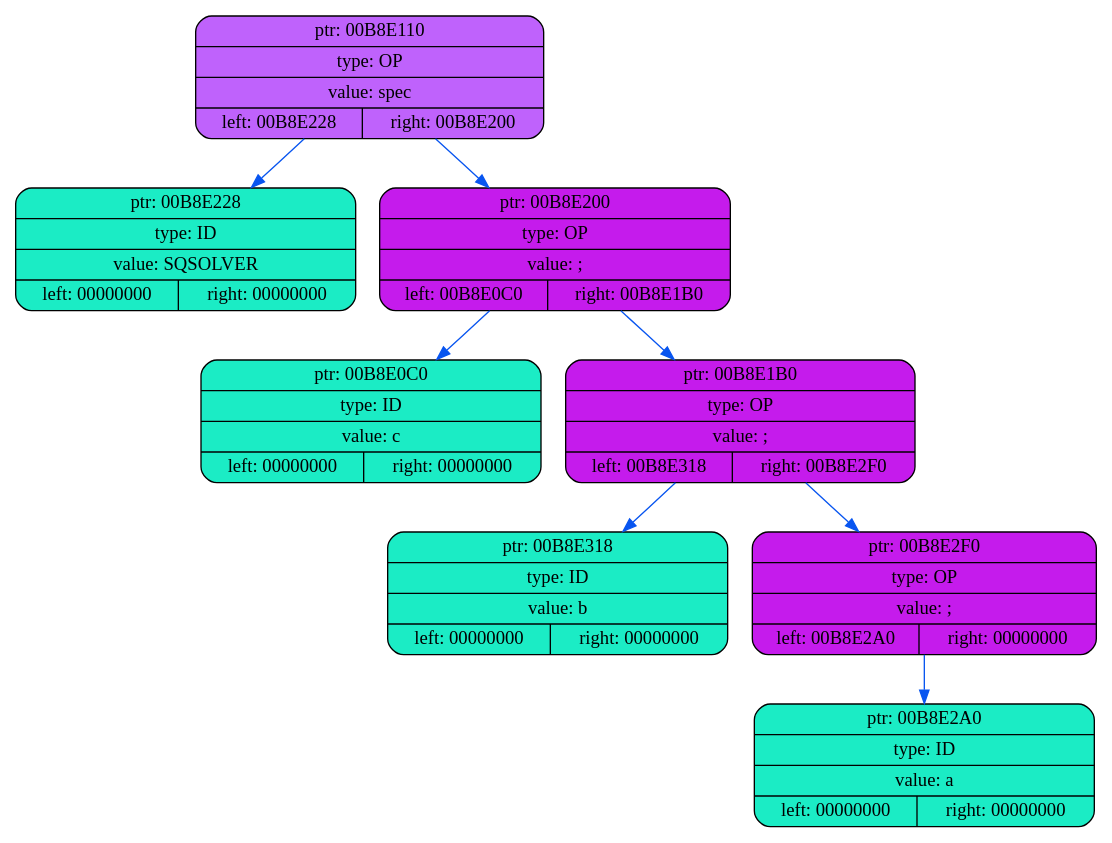
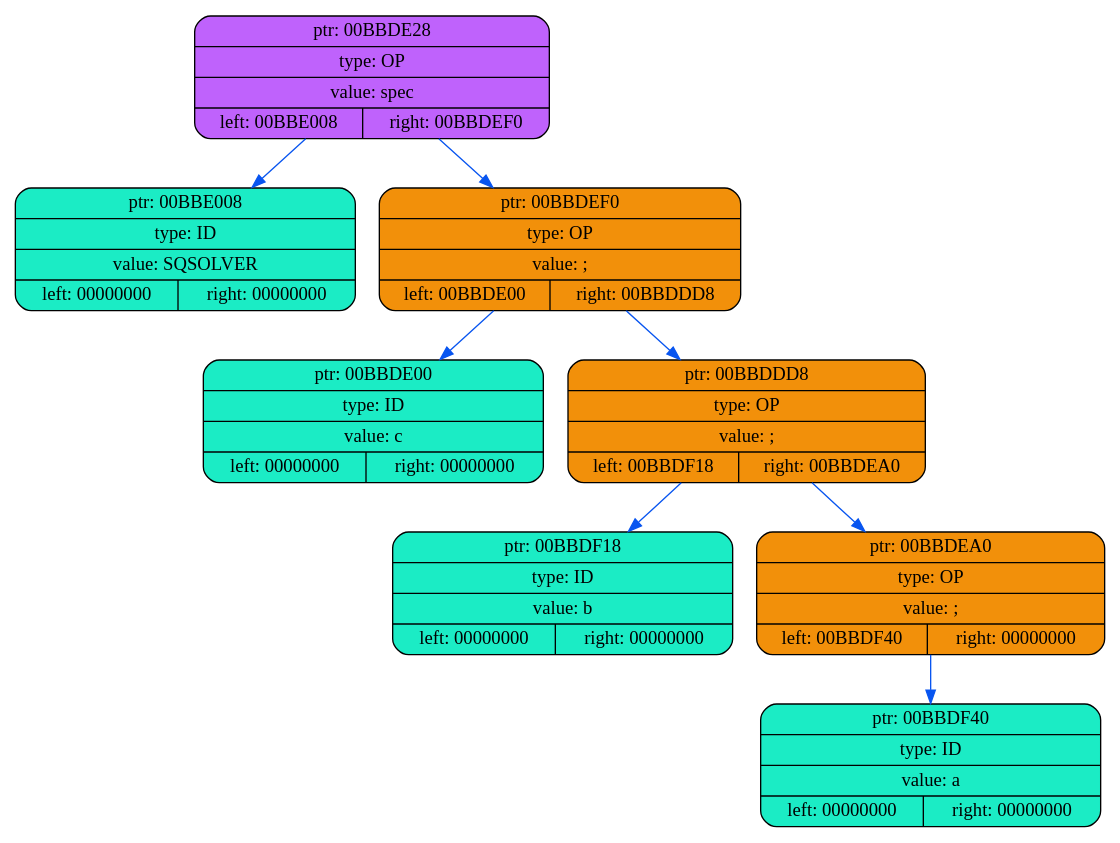
Before and after one commit to coffee8cat/Elden-language: the diagram in frontend/dump/dump2.dot, drawn with Graphviz. The commit also changed 23 other files, not shown here.

```diff
--- a/frontend/dump/dump2.dot
+++ b/frontend/dump/dump2.dot
@@ -1,20 +1,20 @@
 digraph
 {
     rankdir=TP
 
-        node00B8E110[shape=record,style="rounded,filled",fillcolor="#BF62FC",label="{ ptr: 00B8E110 | type: OP | value: spec| { left: 00B8E228 | right: 00B8E200 }}"];
-    node00B8E110 -> node00B8E228[color="#0855F0"]
-    node00B8E228[shape=record,style="rounded,filled",fillcolor="#1BECC5",label="{ ptr: 00B8E228 | type: ID | value: SQSOLVER| { left: 00000000 | right: 00000000 }}"];
-    node00B8E110 -> node00B8E200[color="#0855F0"]
-    node00B8E200[shape=record,style="rounded,filled",fillcolor="#C51BEC",label="{ ptr: 00B8E200 | type: OP | value: ;| { left: 00B8E0C0 | right: 00B8E1B0 }}"];
-    node00B8E200 -> node00B8E0C0[color="#0855F0"]
-    node00B8E0C0[shape=record,style="rounded,filled",fillcolor="#1BECC5",label="{ ptr: 00B8E0C0 | type: ID | value: c| { left: 00000000 | right: 00000000 }}"];
-    node00B8E200 -> node00B8E1B0[color="#0855F0"]
-    node00B8E1B0[shape=record,style="rounded,filled",fillcolor="#C51BEC",label="{ ptr: 00B8E1B0 | type: OP | value: ;| { left: 00B8E318 | right: 00B8E2F0 }}"];
-    node00B8E1B0 -> node00B8E318[color="#0855F0"]
-    node00B8E318[shape=record,style="rounded,filled",fillcolor="#1BECC5",label="{ ptr: 00B8E318 | type: ID | value: b| { left: 00000000 | right: 00000000 }}"];
-    node00B8E1B0 -> node00B8E2F0[color="#0855F0"]
-    node00B8E2F0[shape=record,style="rounded,filled",fillcolor="#C51BEC",label="{ ptr: 00B8E2F0 | type: OP | value: ;| { left: 00B8E2A0 | right: 00000000 }}"];
-    node00B8E2F0 -> node00B8E2A0[color="#0855F0"]
-    node00B8E2A0[shape=record,style="rounded,filled",fillcolor="#1BECC5",label="{ ptr: 00B8E2A0 | type: ID | value: a| { left: 00000000 | right: 00000000 }}"];
+        node00BBDE28[shape=record,style="rounded,filled",fillcolor="#BF62FC",label="{ ptr: 00BBDE28 | type: OP | value: spec| { left: 00BBE008 | right: 00BBDEF0 }}"];
+    node00BBDE28 -> node00BBE008[color="#0855F0"]
+    node00BBE008[shape=record,style="rounded,filled",fillcolor="#1BECC5",label="{ ptr: 00BBE008 | type: ID | value: SQSOLVER| { left: 00000000 | right: 00000000 }}"];
+    node00BBDE28 -> node00BBDEF0[color="#0855F0"]
+    node00BBDEF0[shape=record,style="rounded,filled",fillcolor="#F2900A",label="{ ptr: 00BBDEF0 | type: OP | value: ;| { left: 00BBDE00 | right: 00BBDDD8 }}"];
+    node00BBDEF0 -> node00BBDE00[color="#0855F0"]
+    node00BBDE00[shape=record,style="rounded,filled",fillcolor="#1BECC5",label="{ ptr: 00BBDE00 | type: ID | value: c| { left: 00000000 | right: 00000000 }}"];
+    node00BBDEF0 -> node00BBDDD8[color="#0855F0"]
+    node00BBDDD8[shape=record,style="rounded,filled",fillcolor="#F2900A",label="{ ptr: 00BBDDD8 | type: OP | value: ;| { left: 00BBDF18 | right: 00BBDEA0 }}"];
+    node00BBDDD8 -> node00BBDF18[color="#0855F0"]
+    node00BBDF18[shape=record,style="rounded,filled",fillcolor="#1BECC5",label="{ ptr: 00BBDF18 | type: ID | value: b| { left: 00000000 | right: 00000000 }}"];
+    node00BBDDD8 -> node00BBDEA0[color="#0855F0"]
+    node00BBDEA0[shape=record,style="rounded,filled",fillcolor="#F2900A",label="{ ptr: 00BBDEA0 | type: OP | value: ;| { left: 00BBDF40 | right: 00000000 }}"];
+    node00BBDEA0 -> node00BBDF40[color="#0855F0"]
+    node00BBDF40[shape=record,style="rounded,filled",fillcolor="#1BECC5",label="{ ptr: 00BBDF40 | type: ID | value: a| { left: 00000000 | right: 00000000 }}"];
 }
```
